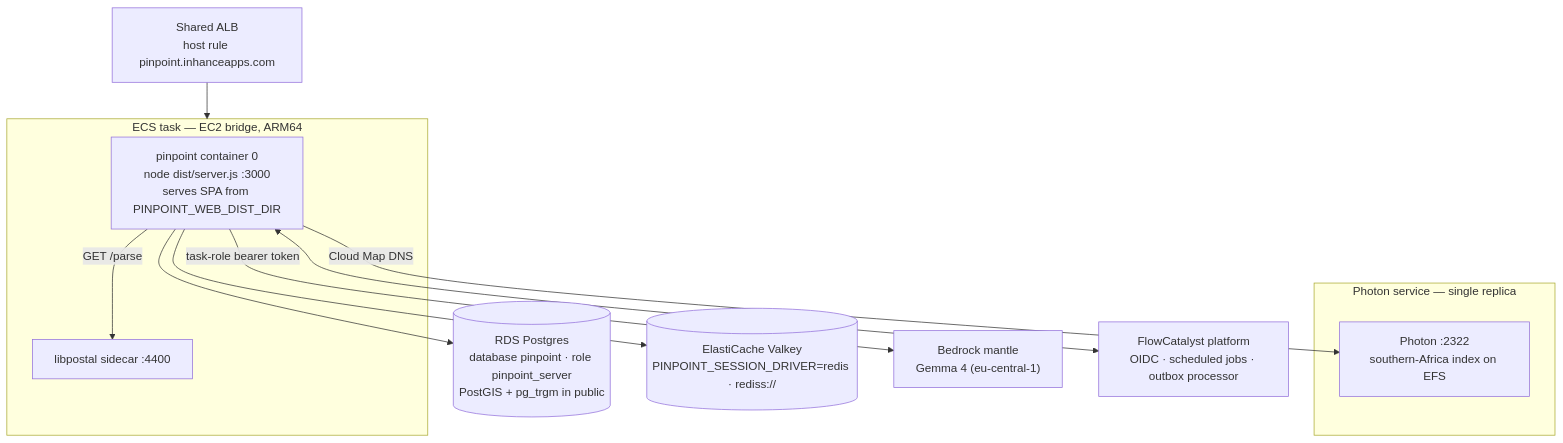
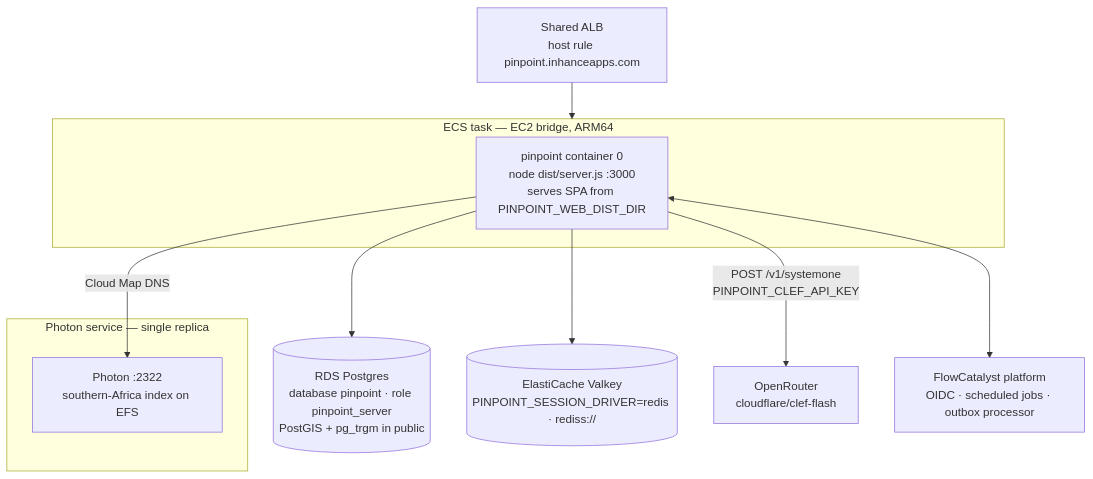
Before and after one commit to flowcatalyst/flowcatalyst-apps: the eighth of 8 diagrams in typescript/apps/pinpoint/docs/architecture.md, drawn with Mermaid. The commit also changed other lines of this file and 43 other files, not shown here.

First line of the commit message:
pinpoint: match on the address line with Clef — libpostal and the component scorer removed

````diff
--- a/typescript/apps/pinpoint/docs/architecture.md
+++ b/typescript/apps/pinpoint/docs/architecture.md
@@ -323,17 +317,15 @@
 ```mermaid
 flowchart TB
   alb["Shared ALB<br/>host rule pinpoint.inhanceapps.com"] --> task
   subgraph task[ECS task — EC2 bridge, ARM64]
     pp["pinpoint container 0<br/>node dist/server.js :3000<br/>serves SPA from PINPOINT_WEB_DIST_DIR"]
-    lp["libpostal sidecar :4400"]
-    pp -- "GET /parse" --> lp
   end
   subgraph photon[Photon service — single replica]
     ph["Photon :2322<br/>southern-Africa index on EFS"]
   end
   pp -- "Cloud Map DNS" --> ph
   pp --> rds[("RDS Postgres<br/>database pinpoint · role pinpoint_server<br/>PostGIS + pg_trgm in public")]
   pp --> vk[("ElastiCache Valkey<br/>PINPOINT_SESSION_DRIVER=redis · rediss://")]
-  pp -- "task-role bearer token" --> br["Bedrock mantle<br/>Gemma 4 (eu-central-1)"]
+  pp -- "POST /v1/systemone<br/>PINPOINT_CLEF_API_KEY" --> or["OpenRouter<br/>cloudflare/clef-flash"]
   pp <--> fc[FlowCatalyst platform<br/>OIDC · scheduled jobs · outbox processor]
 ```
````
